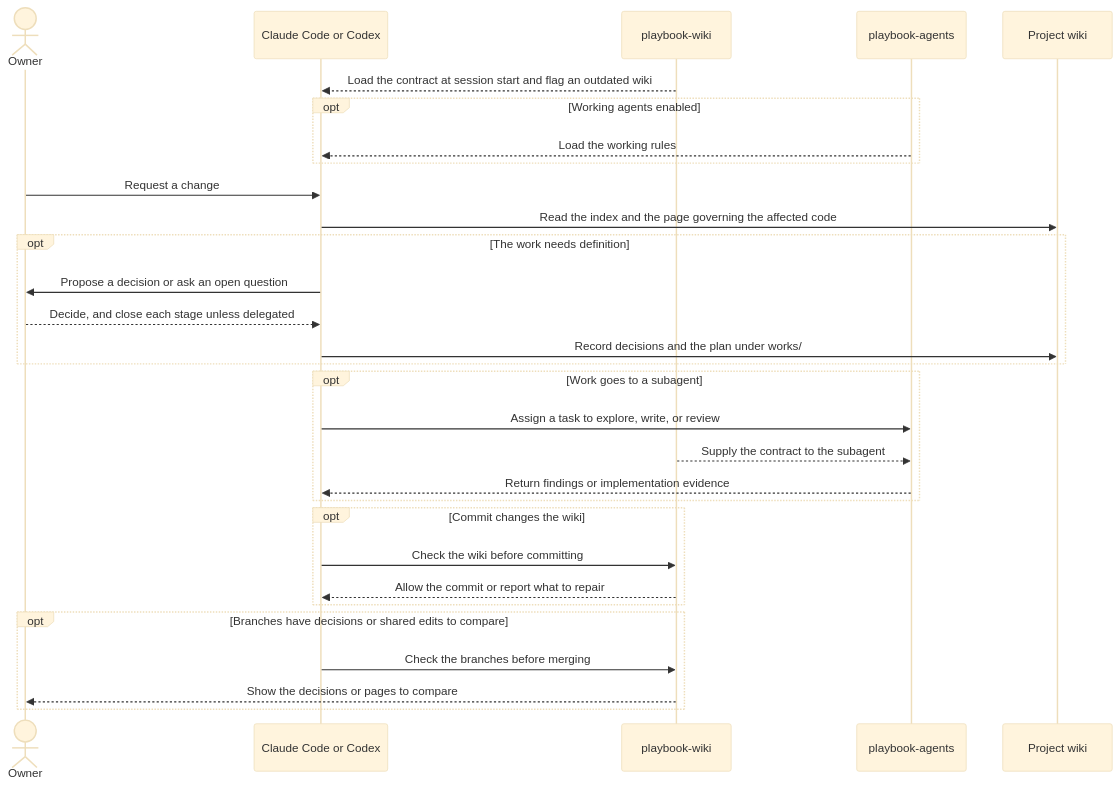
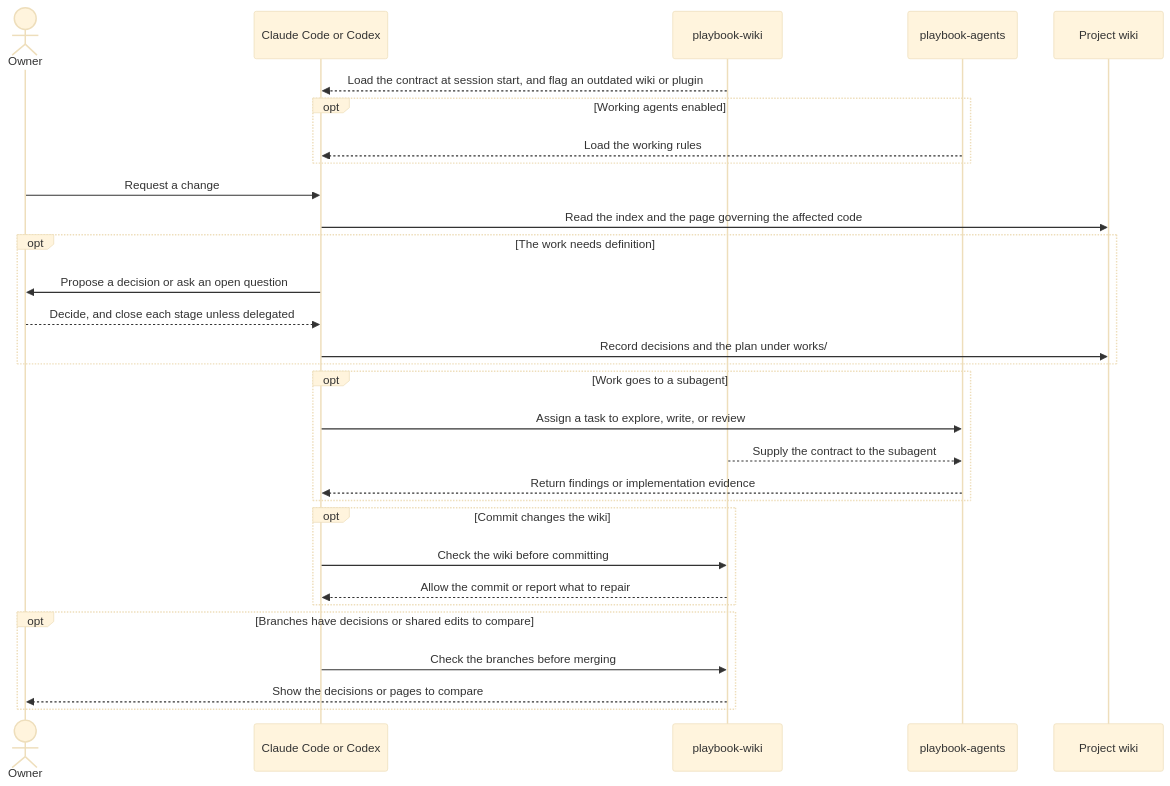
One commit to andresfrei/playbook changed the second of 2 diagrams in README.md. Above: the diagram before and after it, drawn with Mermaid (base theme). The commit also changed 5 other files, not shown here.

````diff
--- a/README.md
+++ b/README.md
@@ -63,32 +63,32 @@
 ```mermaid
 sequenceDiagram
     actor Owner
     participant Agent as Claude Code or Codex
     participant W as playbook-wiki
     participant A as playbook-agents
     participant Repo as Project wiki
-    W-->>Agent: Load the contract at session start and flag an outdated wiki
+    W-->>Agent: Load the contract at session start, and flag an outdated wiki or plugin
     opt Working agents enabled
         A-->>Agent: Load the working rules
     end
     Owner->>Agent: Request a change
     Agent->>Repo: Read the index and the page governing the affected code
     opt The work needs definition
         Agent->>Owner: Propose a decision or ask an open question
         Owner-->>Agent: Decide, and close each stage unless delegated
         Agent->>Repo: Record decisions and the plan under works/
     end
     opt Work goes to a subagent
         Agent->>A: Assign a task to explore, write, or review
         W-->>A: Supply the contract to the subagent
         A-->>Agent: Return findings or implementation evidence
     end
     opt Commit changes the wiki
         Agent->>W: Check the wiki before committing
         W-->>Agent: Allow the commit or report what to repair
     end
     opt Branches have decisions or shared edits to compare
         Agent->>W: Check the branches before merging
         W-->>Owner: Show the decisions or pages to compare
     end
 ```
````
